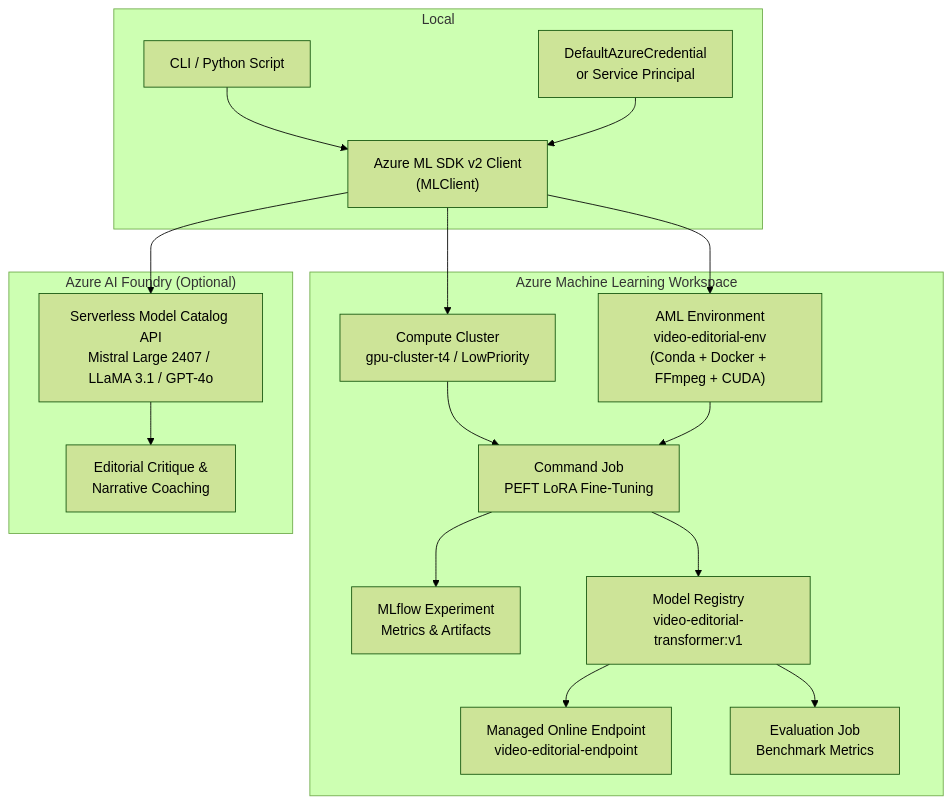
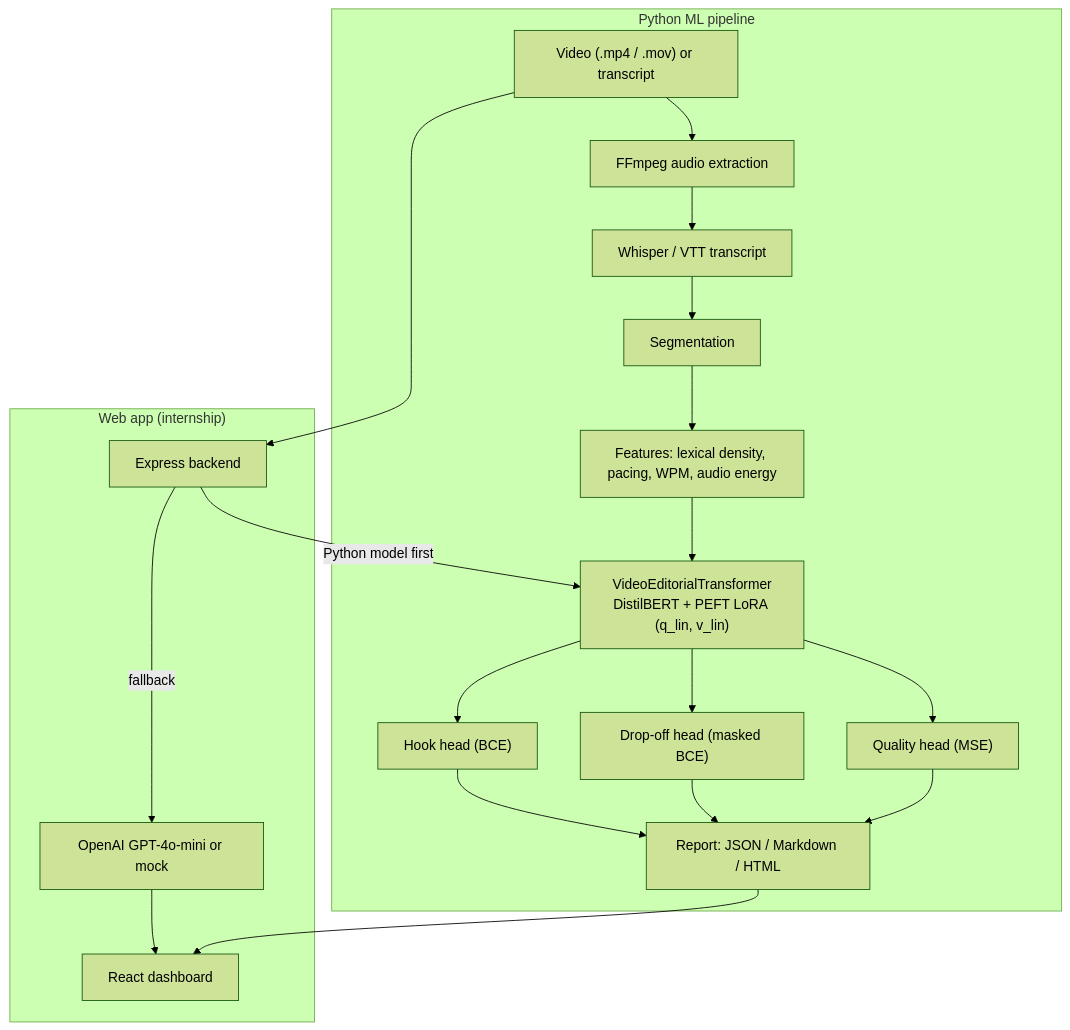
One commit to Nabilhassan12345/video-editorial-intelligence changed the second of 2 diagrams in README.md. Above: the diagram before and after it, drawn with Mermaid (forest theme). The commit also changed other lines of this file and 2 other files, not shown here.

Commit message:
Apache-2.0 LICENSE; rewrite README: trained vs ready-to-run status, v4 Kaggle GPU results, Azure AI Foundry + Azure ML up front

````diff
--- a/README.md
+++ b/README.md
@@ -120,23 +173,22 @@
 ```mermaid
 flowchart TD
-    subgraph "Local"
-        A["CLI / Python Script"] --> B["Azure ML SDK v2 Client\n(MLClient)"]
-        C["DefaultAzureCredential\nor Service Principal"] --> B
+    A["Video (.mp4 / .mov) or transcript"]
+    subgraph "Python ML pipeline"
+        A --> B["FFmpeg audio extraction"]
+        B --> C["Whisper / VTT transcript"]
+        C --> D["Segmentation"]
+        D --> E["Features: lexical density, pacing, WPM, audio energy"]
+        E --> F["VideoEditorialTransformer\nDistilBERT + PEFT LoRA (q_lin, v_lin)"]
+        F --> G1["Hook head (BCE)"]
+        F --> G2["Drop-off head (masked BCE)"]
+        F --> G3["Quality head (MSE)"]
+        G1 & G2 & G3 --> H["Report: JSON / Markdown / HTML"]
     end
-
-    subgraph "Azure Machine Learning Workspace"
-        B --> D["Compute Cluster\ngpu-cluster-t4 / LowPriority"]
-        B --> E["AML Environment\nvideo-editorial-env\n(Conda + Docker + FFmpeg + CUDA)"]
-        D --> F["Command Job\nPEFT LoRA Fine-Tuning"]
-        E --> F
-        F --> G["MLflow Experiment\nMetrics & Artifacts"]
-        F --> H["Model Registry\nvideo-editorial-transformer:v1"]
-        H --> I["Managed Online Endpoint\nvideo-editorial-endpoint"]
-        H --> J["Evaluation Job\nBenchmark Metrics"]
-    end
-
-    subgraph "Azure AI Foundry (Optional)"
-        B --> K["Serverless Model Catalog API\nMistral Large 2407 / LLaMA 3.1 / GPT-4o"]
-        K --> L["Editorial Critique &\nNarrative Coaching"]
+    subgraph "Web app (internship)"
+        A --> J["Express backend"]
+        J -->|"Python model first"| F
+        J -->|"fallback"| K["OpenAI GPT-4o-mini or mock"]
+        K --> L["React dashboard"]
+        H --> L
     end
 ```
````
